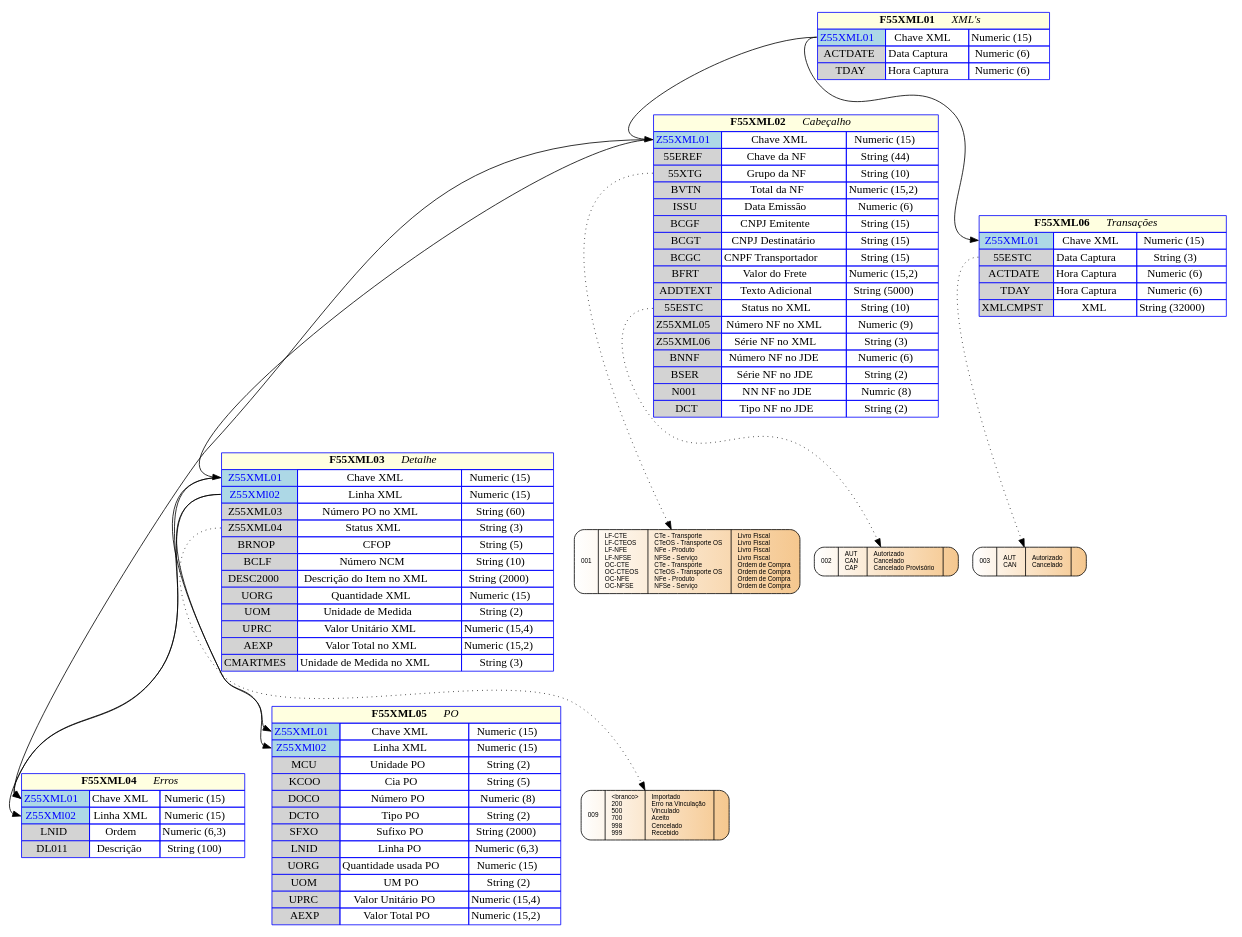
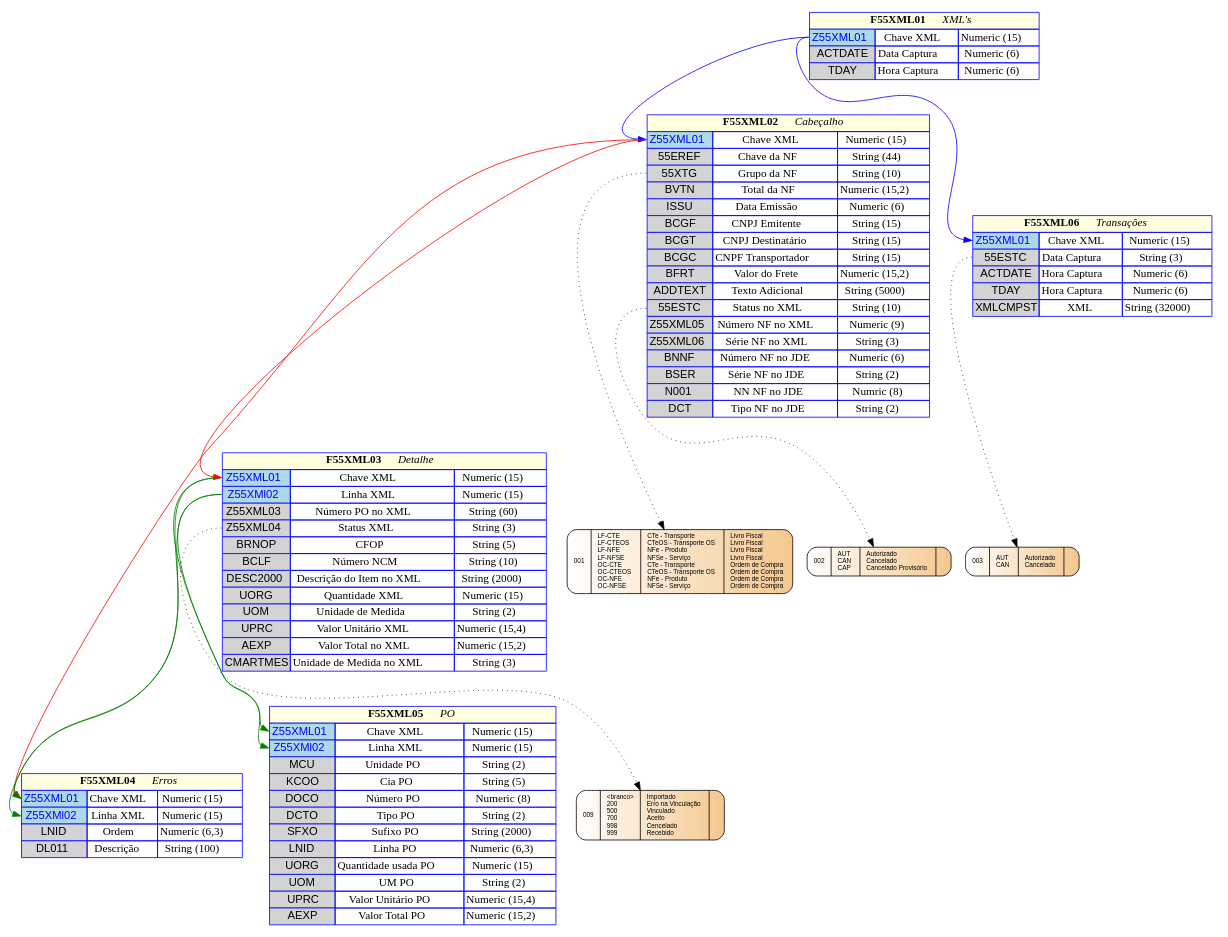
The diagram in Exemplos/ports.gv (GiovaniPM/Graphs), drawn with Graphviz before and after one commit.

Commit message:
Giovani_Mesquita(RBST10164) 200316163005

```diff
--- a/Exemplos/ports.gv
+++ b/Exemplos/ports.gv
@@ -5,9 +5,9 @@
    label=<
      <table border='0' cellborder='1' color='blue' cellspacing='0'>
        <tr><td colspan="3" bgcolor="lightyellow"><b>F55XML01</b> <i>XML's</i></td></tr>
-       <tr><td port='col01' bgcolor="lightblue"><font color="blue">Z55XML01</font></td><td>Chave XML</td><td>Numeric (15)</td></tr>
-       <tr><td port='col02' bgcolor="lightgray"><font color="black">ACTDATE</font></td><td>Data Captura</td><td>Numeric (6)</td></tr>
-       <tr><td port='col03' bgcolor="lightgray"><font color="black">TDAY</font></td><td>Hora Captura</td><td>Numeric (6)</td></tr>
+       <tr><td port='col01' bgcolor="lightblue"><font face="helvetica" color="blue">Z55XML01</font></td><td>Chave XML</td><td>Numeric (15)</td></tr>
+       <tr><td port='col02' bgcolor="lightgray"><font face="helvetica" color="black">ACTDATE</font></td><td>Data Captura</td><td>Numeric (6)</td></tr>
+       <tr><td port='col03' bgcolor="lightgray"><font face="helvetica" color="black">TDAY</font></td><td>Hora Captura</td><td>Numeric (6)</td></tr>
      </table>
   >];
 
@@ -16,23 +16,23 @@
    label=<
      <table border='0' cellborder='1' color='blue' cellspacing='0'>
        <tr><td colspan="3" bgcolor="lightyellow"><b>F55XML02</b> <i>Cabeçalho</i></td></tr>
-       <tr><td port='col01' bgcolor="lightblue"><font color="blue">Z55XML01</font></td><td>Chave XML</td><td>Numeric (15)</td></tr>
-       <tr><td port='col02' bgcolor="lightgray"><font color="black">55EREF</font></td><td>Chave da NF</td><td>String (44)</td></tr>
-       <tr><td port='col03' bgcolor="lightgray"><font color="black">55XTG</font></td><td>Grupo da NF</td><td>String (10)</td></tr>
-       <tr><td port='col04' bgcolor="lightgray"><font color="black">BVTN</font></td><td>Total da NF</td><td>Numeric (15,2)</td></tr>
-       <tr><td port='col05' bgcolor="lightgray"><font color="black">ISSU</font></td><td>Data Emissão</td><td>Numeric (6)</td></tr>
-       <tr><td port='col06' bgcolor="lightgray"><font color="black">BCGF</font></td><td>CNPJ Emitente</td><td>String (15)</td></tr>
-       <tr><td port='col07' bgcolor="lightgray"><font color="black">BCGT</font></td><td>CNPJ Destinatário</td><td>String (15)</td></tr>
-       <tr><td port='col08' bgcolor="lightgray"><font color="black">BCGC</font></td><td>CNPF Transportador</td><td>String (15)</td></tr>
-       <tr><td port='col09' bgcolor="lightgray"><font color="black">BFRT</font></td><td>Valor do Frete</td><td>Numeric (15,2)</td></tr>
-       <tr><td port='col10' bgcolor="lightgray"><font color="black">ADDTEXT</font></td><td>Texto Adicional</td><td>String (5000)</td></tr>
-       <tr><td port='col11' bgcolor="lightgray"><font color="black">55ESTC</font></td><td>Status no XML</td><td>String (10)</td></tr>
-       <tr><td port='col12' bgcolor="lightgray"><font color="black">Z55XML05</font></td><td>Número NF no XML</td><td>Numeric (9)</td></tr>
-       <tr><td port='col13' bgcolor="lightgray"><font color="black">Z55XML06</font></td><td>Série NF no XML</td><td>String (3)</td></tr>
-       <tr><td port='col14' bgcolor="lightgray"><font color="black">BNNF</font></td><td>Número NF no JDE</td><td>Numeric (6)</td></tr>
-       <tr><td port='col15' bgcolor="lightgray"><font color="black">BSER</font></td><td>Série NF no JDE</td><td>String (2)</td></tr>
-       <tr><td port='col16' bgcolor="lightgray"><font color="black">N001</font></td><td>NN NF no JDE</td><td>Numric (8)</td></tr>
-       <tr><td port='col17' bgcolor="lightgray"><font color="black">DCT</font></td><td>Tipo NF no JDE</td><td>String (2)</td></tr>
+       <tr><td port='col01' bgcolor="lightblue"><font face="helvetica" color="blue">Z55XML01</font></td><td>Chave XML</td><td>Numeric (15)</td></tr>
+       <tr><td port='col02' bgcolor="lightgray"><font face="helvetica" color="black">55EREF</font></td><td>Chave da NF</td><td>String (44)</td></tr>
+       <tr><td port='col03' bgcolor="lightgray"><font face="helvetica" color="black">55XTG</font></td><td>Grupo da NF</td><td>String (10)</td></tr>
+       <tr><td port='col04' bgcolor="lightgray"><font face="helvetica" color="black">BVTN</font></td><td>Total da NF</td><td>Numeric (15,2)</td></tr>
+       <tr><td port='col05' bgcolor="lightgray"><font face="helvetica" color="black">ISSU</font></td><td>Data Emissão</td><td>Numeric (6)</td></tr>
+       <tr><td port='col06' bgcolor="lightgray"><font face="helvetica" color="black">BCGF</font></td><td>CNPJ Emitente</td><td>String (15)</td></tr>
+       <tr><td port='col07' bgcolor="lightgray"><font face="helvetica" color="black">BCGT</font></td><td>CNPJ Destinatário</td><td>String (15)</td></tr>
+       <tr><td port='col08' bgcolor="lightgray"><font face="helvetica" color="black">BCGC</font></td><td>CNPF Transportador</td><td>String (15)</td></tr>
+       <tr><td port='col09' bgcolor="lightgray"><font face="helvetica" color="black">BFRT</font></td><td>Valor do Frete</td><td>Numeric (15,2)</td></tr>
+       <tr><td port='col10' bgcolor="lightgray"><font face="helvetica" color="black">ADDTEXT</font></td><td>Texto Adicional</td><td>String (5000)</td></tr>
+       <tr><td port='col11' bgcolor="lightgray"><font face="helvetica" color="black">55ESTC</font></td><td>Status no XML</td><td>String (10)</td></tr>
+       <tr><td port='col12' bgcolor="lightgray"><font face="helvetica" color="black">Z55XML05</font></td><td>Número NF no XML</td><td>Numeric (9)</td></tr>
+       <tr><td port='col13' bgcolor="lightgray"><font face="helvetica" color="black">Z55XML06</font></td><td>Série NF no XML</td><td>String (3)</td></tr>
+       <tr><td port='col14' bgcolor="lightgray"><font face="helvetica" color="black">BNNF</font></td><td>Número NF no JDE</td><td>Numeric (6)</td></tr>
+       <tr><td port='col15' bgcolor="lightgray"><font face="helvetica" color="black">BSER</font></td><td>Série NF no JDE</td><td>String (2)</td></tr>
+       <tr><td port='col16' bgcolor="lightgray"><font face="helvetica" color="black">N001</font></td><td>NN NF no JDE</td><td>Numric (8)</td></tr>
+       <tr><td port='col17' bgcolor="lightgray"><font face="helvetica" color="black">DCT</font></td><td>Tipo NF no JDE</td><td>String (2)</td></tr>
      </table>
   >];
 
@@ -41,18 +41,18 @@
    label=<
      <table border='0' cellborder='1' color='blue' cellspacing='0'>
        <tr><td colspan="3" bgcolor="lightyellow"><b>F55XML03</b> <i>Detalhe</i></td></tr>
-       <tr><td port='col01' bgcolor="lightblue"><font color="blue">Z55XML01</font></td><td>Chave XML</td><td>Numeric (15)</td></tr>
-       <tr><td port='col02' bgcolor="lightblue"><font color="blue">Z55XMl02</font></td><td>Linha XML</td><td>Numeric (15)</td></tr>
-       <tr><td port='col03' bgcolor="lightgray"><font color="black">Z55XML03</font></td><td>Número PO no XML</td><td>String (60)</td></tr>
-       <tr><td port='col04' bgcolor="lightgray"><font color="black">Z55XML04</font></td><td>Status XML</td><td>String (3)</td></tr>
-       <tr><td port='col05' bgcolor="lightgray"><font color="black">BRNOP</font></td><td>CFOP</td><td>String (5)</td></tr>
-       <tr><td port='col06' bgcolor="lightgray"><font color="black">BCLF</font></td><td>Número NCM</td><td>String (10)</td></tr>
-       <tr><td port='col07' bgcolor="lightgray"><font color="black">DESC2000</font></td><td>Descrição do Item no XML</td><td>String (2000)</td></tr>
-       <tr><td port='col08' bgcolor="lightgray"><font color="black">UORG</font></td><td>Quantidade XML</td><td>Numeric (15)</td></tr>
-       <tr><td port='col09' bgcolor="lightgray"><font color="black">UOM</font></td><td>Unidade de Medida</td><td>String (2)</td></tr>
-       <tr><td port='col10' bgcolor="lightgray"><font color="black">UPRC</font></td><td>Valor Unitário XML</td><td>Numeric (15,4)</td></tr>
-       <tr><td port='col11' bgcolor="lightgray"><font color="black">AEXP</font></td><td>Valor Total no XML</td><td>Numeric (15,2)</td></tr>
-       <tr><td port='col12' bgcolor="lightgray"><font color="black">CMARTMES</font></td><td>Unidade de Medida no XML</td><td>String (3)</td></tr>
+       <tr><td port='col01' bgcolor="lightblue"><font face="helvetica" color="blue">Z55XML01</font></td><td>Chave XML</td><td>Numeric (15)</td></tr>
+       <tr><td port='col02' bgcolor="lightblue"><font face="helvetica" color="blue">Z55XMl02</font></td><td>Linha XML</td><td>Numeric (15)</td></tr>
+       <tr><td port='col03' bgcolor="lightgray"><font face="helvetica" color="black">Z55XML03</font></td><td>Número PO no XML</td><td>String (60)</td></tr>
+       <tr><td port='col04' bgcolor="lightgray"><font face="helvetica" color="black">Z55XML04</font></td><td>Status XML</td><td>String (3)</td></tr>
+       <tr><td port='col05' bgcolor="lightgray"><font face="helvetica" color="black">BRNOP</font></td><td>CFOP</td><td>String (5)</td></tr>
+       <tr><td port='col06' bgcolor="lightgray"><font face="helvetica" color="black">BCLF</font></td><td>Número NCM</td><td>String (10)</td></tr>
+       <tr><td port='col07' bgcolor="lightgray"><font face="helvetica" color="black">DESC2000</font></td><td>Descrição do Item no XML</td><td>String (2000)</td></tr>
+       <tr><td port='col08' bgcolor="lightgray"><font face="helvetica" color="black">UORG</font></td><td>Quantidade XML</td><td>Numeric (15)</td></tr>
+       <tr><td port='col09' bgcolor="lightgray"><font face="helvetica" color="black">UOM</font></td><td>Unidade de Medida</td><td>String (2)</td></tr>
+       <tr><td port='col10' bgcolor="lightgray"><font face="helvetica" color="black">UPRC</font></td><td>Valor Unitário XML</td><td>Numeric (15,4)</td></tr>
+       <tr><td port='col11' bgcolor="lightgray"><font face="helvetica" color="black">AEXP</font></td><td>Valor Total no XML</td><td>Numeric (15,2)</td></tr>
+       <tr><td port='col12' bgcolor="lightgray"><font face="helvetica" color="black">CMARTMES</font></td><td>Unidade de Medida no XML</td><td>String (3)</td></tr>
      </table>
   >];
 
@@ -61,10 +61,10 @@
    label=<
      <table border='0' cellborder='1' color='blue' cellspacing='0'>
        <tr><td colspan="3" bgcolor="lightyellow"><b>F55XML04</b> <i>Erros</i></td></tr>
-       <tr><td port='col01' bgcolor="lightblue"><font color="blue">Z55XML01</font></td><td>Chave XML</td><td>Numeric (15)</td></tr>
-       <tr><td port='col02' bgcolor="lightblue"><font color="blue">Z55XMl02</font></td><td>Linha XML</td><td>Numeric (15)</td></tr>
-       <tr><td port='col03' bgcolor="lightgray"><font color="black">LNID</font></td><td>Ordem</td><td>Numeric (6,3)</td></tr>
-       <tr><td port='col04' bgcolor="lightgray"><font color="black">DL011</font></td><td>Descrição</td><td>String (100)</td></tr>
+       <tr><td port='col01' bgcolor="lightblue"><font face="helvetica" color="blue">Z55XML01</font></td><td>Chave XML</td><td>Numeric (15)</td></tr>
+       <tr><td port='col02' bgcolor="lightblue"><font face="helvetica" color="blue">Z55XMl02</font></td><td>Linha XML</td><td>Numeric (15)</td></tr>
+       <tr><td port='col03' bgcolor="lightgray"><font face="helvetica" color="black">LNID</font></td><td>Ordem</td><td>Numeric (6,3)</td></tr>
+       <tr><td port='col04' bgcolor="lightgray"><font face="helvetica" color="black">DL011</font></td><td>Descrição</td><td>String (100)</td></tr>
      </table>
   >];
 
@@ -73,18 +73,18 @@
    label=<
      <table border='0' cellborder='1' color='blue' cellspacing='0'>
        <tr><td colspan="3" bgcolor="lightyellow"><b>F55XML05</b> <i>PO</i></td></tr>
-       <tr><td port='col01' bgcolor="lightblue"><font color="blue">Z55XML01</font></td><td>Chave XML</td><td>Numeric (15)</td></tr>
-       <tr><td port='col02' bgcolor="lightblue"><font color="blue">Z55XMl02</font></td><td>Linha XML</td><td>Numeric (15)</td></tr>
-       <tr><td port='col03' bgcolor="lightgray"><font color="black">MCU</font></td><td>Unidade PO</td><td>String (2)</td></tr>
-       <tr><td port='col04' bgcolor="lightgray"><font color="black">KCOO</font></td><td>Cia PO</td><td>String (5)</td></tr>
-       <tr><td port='col05' bgcolor="lightgray"><font color="black">DOCO</font></td><td>Número PO</td><td>Numeric (8)</td></tr>
-       <tr><td port='col06' bgcolor="lightgray"><font color="black">DCTO</font></td><td>Tipo PO</td><td>String (2)</td></tr>
-       <tr><td port='col07' bgcolor="lightgray"><font color="black">SFXO</font></td><td>Sufixo PO</td><td>String (2000)</td></tr>
-       <tr><td port='col08' bgcolor="lightgray"><font color="black">LNID</font></td><td>Linha PO</td><td>Numeric (6,3)</td></tr>
-       <tr><td port='col09' bgcolor="lightgray"><font color="black">UORG</font></td><td>Quantidade usada PO</td><td>Numeric (15)</td></tr>
-       <tr><td port='col10' bgcolor="lightgray"><font color="black">UOM</font></td><td>UM PO</td><td>String (2)</td></tr>
-       <tr><td port='col11' bgcolor="lightgray"><font color="black">UPRC</font></td><td>Valor Unitário PO</td><td>Numeric (15,4)</td></tr>
-       <tr><td port='col12' bgcolor="lightgray"><font color="black">AEXP</font></td><td>Valor Total PO</td><td>Numeric (15,2)</td></tr>
+       <tr><td port='col01' bgcolor="lightblue"><font face="helvetica" color="blue">Z55XML01</font></td><td>Chave XML</td><td>Numeric (15)</td></tr>
+       <tr><td port='col02' bgcolor="lightblue"><font face="helvetica" color="blue">Z55XMl02</font></td><td>Linha XML</td><td>Numeric (15)</td></tr>
+       <tr><td port='col03' bgcolor="lightgray"><font face="helvetica" color="black">MCU</font></td><td>Unidade PO</td><td>String (2)</td></tr>
+       <tr><td port='col04' bgcolor="lightgray"><font face="helvetica" color="black">KCOO</font></td><td>Cia PO</td><td>String (5)</td></tr>
+       <tr><td port='col05' bgcolor="lightgray"><font face="helvetica" color="black">DOCO</font></td><td>Número PO</td><td>Numeric (8)</td></tr>
+       <tr><td port='col06' bgcolor="lightgray"><font face="helvetica" color="black">DCTO</font></td><td>Tipo PO</td><td>String (2)</td></tr>
+       <tr><td port='col07' bgcolor="lightgray"><font face="helvetica" color="black">SFXO</font></td><td>Sufixo PO</td><td>String (2000)</td></tr>
+       <tr><td port='col08' bgcolor="lightgray"><font face="helvetica" color="black">LNID</font></td><td>Linha PO</td><td>Numeric (6,3)</td></tr>
+       <tr><td port='col09' bgcolor="lightgray"><font face="helvetica" color="black">UORG</font></td><td>Quantidade usada PO</td><td>Numeric (15)</td></tr>
+       <tr><td port='col10' bgcolor="lightgray"><font face="helvetica" color="black">UOM</font></td><td>UM PO</td><td>String (2)</td></tr>
+       <tr><td port='col11' bgcolor="lightgray"><font face="helvetica" color="black">UPRC</font></td><td>Valor Unitário PO</td><td>Numeric (15,4)</td></tr>
+       <tr><td port='col12' bgcolor="lightgray"><font face="helvetica" color="black">AEXP</font></td><td>Valor Total PO</td><td>Numeric (15,2)</td></tr>
      </table>
   >];
 
@@ -93,11 +93,11 @@
    label=<
      <table border='0' cellborder='1' color='blue' cellspacing='0'>
        <tr><td colspan="3" bgcolor="lightyellow"><b>F55XML06</b> <i>Transações</i></td></tr>
-       <tr><td port='col01' bgcolor="lightblue"><font color="blue">Z55XML01</font></td><td>Chave XML</td><td>Numeric (15)</td></tr>
-       <tr><td port='col02' bgcolor="lightgray"><font color="black">55ESTC</font></td><td>Data Captura</td><td>String (3)</td></tr>
-       <tr><td port='col03' bgcolor="lightgray"><font color="black">ACTDATE</font></td><td>Hora Captura</td><td>Numeric (6)</td></tr>
-       <tr><td port='col04' bgcolor="lightgray"><font color="black">TDAY</font></td><td>Hora Captura</td><td>Numeric (6)</td></tr>
-       <tr><td port='col05' bgcolor="lightgray"><font color="black">XMLCMPST</font></td><td>XML</td><td>String (32000)</td></tr>
+       <tr><td port='col01' bgcolor="lightblue"><font face="helvetica" color="blue">Z55XML01</font></td><td>Chave XML</td><td>Numeric (15)</td></tr>
+       <tr><td port='col02' bgcolor="lightgray"><font face="helvetica" color="black">55ESTC</font></td><td>Data Captura</td><td>String (3)</td></tr>
+       <tr><td port='col03' bgcolor="lightgray"><font face="helvetica" color="black">ACTDATE</font></td><td>Hora Captura</td><td>Numeric (6)</td></tr>
+       <tr><td port='col04' bgcolor="lightgray"><font face="helvetica" color="black">TDAY</font></td><td>Hora Captura</td><td>Numeric (6)</td></tr>
+       <tr><td port='col05' bgcolor="lightgray"><font face="helvetica" color="black">XMLCMPST</font></td><td>XML</td><td>String (32000)</td></tr>
      </table>
   >];
 
@@ -179,16 +179,16 @@
                Recebido\l|"
           ]
 
-  tabela01:col01 -> tabela06:col01;
-  tabela01:col01 -> tabela02:col01;
-  tabela02:col01 -> tabela03:col01;
-  tabela02:col01 -> tabela04:col01;
+  tabela01:col01 -> tabela06:col01 [color="blue"];
+  tabela01:col01 -> tabela02:col01 [color="blue"];
+  tabela02:col01 -> tabela03:col01 [color="red"];
+  tabela02:col01 -> tabela04:col01 [color="red"];
   tabela02:col03 -> node001 [style="dotted"];
   tabela02:col11 -> node002 [style="dotted"];
-  tabela03:col01 -> tabela04:col01;
-  tabela03:col02 -> tabela04:col02;
-  tabela03:col01 -> tabela05:col01;
-  tabela03:col02 -> tabela05:col02;
+  tabela03:col01 -> tabela04:col01 [color="green"];
+  tabela03:col02 -> tabela04:col02 [color="green"];
+  tabela03:col01 -> tabela05:col01 [color="green"];
+  tabela03:col02 -> tabela05:col02 [color="green"];
   tabela03:col04 -> node004 [style="dotted"];
   tabela06:col02 -> node003 [style="dotted"];
 
```
